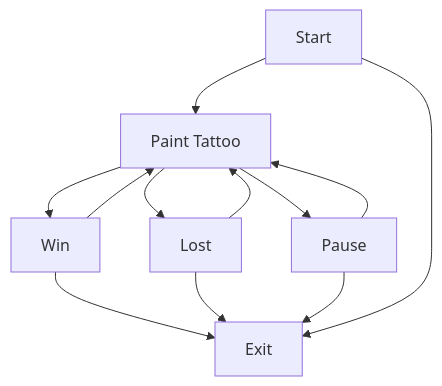
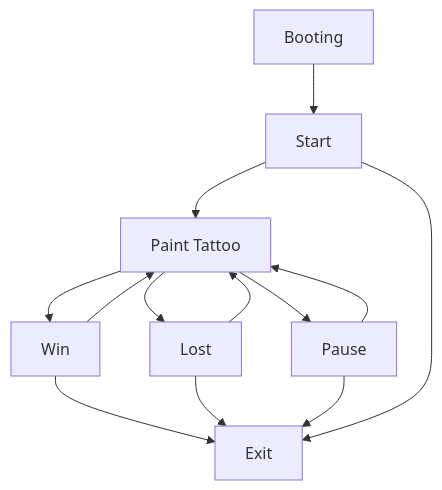
Before and after one commit to 67games/anti-malagajam: the diagram in README.md, drawn with Mermaid. The commit also changed 1 other file, not shown here.

Commit message:
Added booting stage

````diff
--- a/README.md
+++ b/README.md
@@ -7,14 +7,15 @@
 ```mermaid
 flowchart TD
+	Booting --> Start
 	Start --> Game[Paint Tattoo]
 	Game --> Pause
 	Game --> Lost
 	Game --> Win
 	Win --> Exit
 	Lost --> Exit
 	Pause --> Exit
 	Pause --> Game
 	Win --> Game
 	Lost --> Game
 	Start --> Exit
 ```
````
